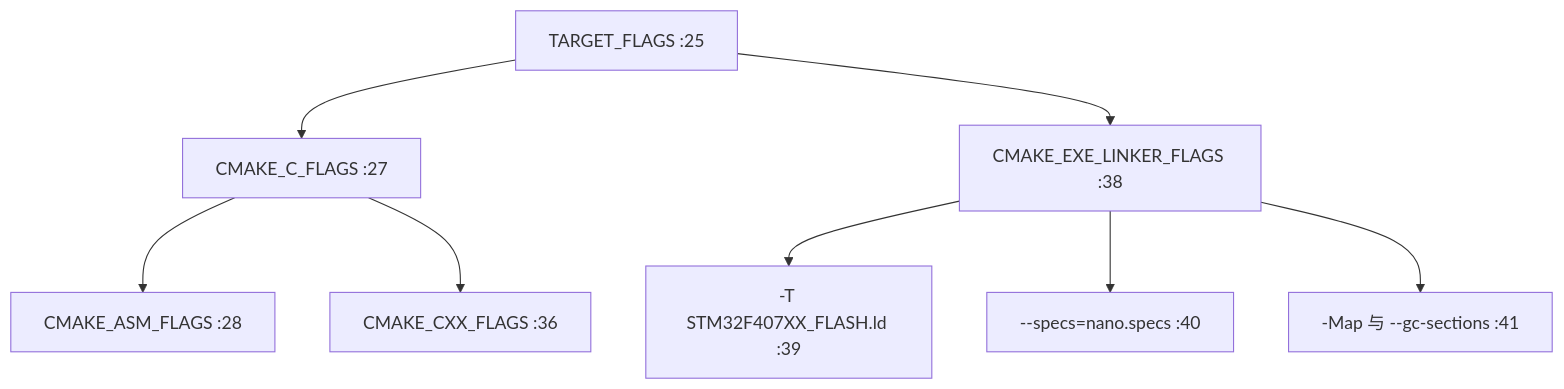
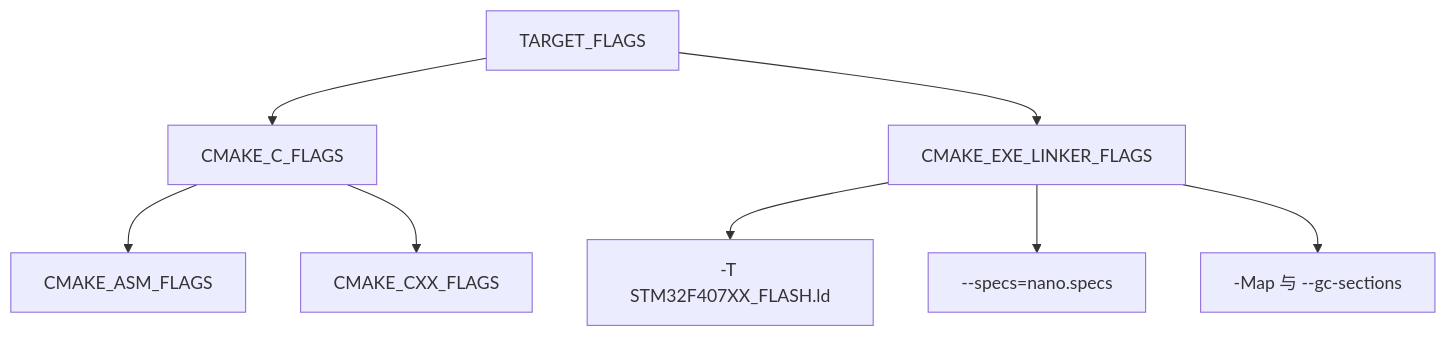
Before and after one commit to TC635807/TC63PersonalWebsite: the first of 2 diagrams in docs/10-嵌入式构建与调试/01-CMake与双交叉工具链/02-交叉编译工具链与编译选项.md, drawn with Mermaid. The commit also changed other lines of this file and 563 other files, not shown here.

````diff
--- a/docs/10-嵌入式构建与调试/01-CMake与双交叉工具链/02-交叉编译工具链与编译选项.md
+++ b/docs/10-嵌入式构建与调试/01-CMake与双交叉工具链/02-交叉编译工具链与编译选项.md
@@ -61,10 +61,10 @@
 ```mermaid
 flowchart TD
-  A["TARGET_FLAGS :25"] --> B["CMAKE_C_FLAGS :27"]
-  B --> C["CMAKE_ASM_FLAGS :28"]
-  B --> D["CMAKE_CXX_FLAGS :36"]
-  A --> E["CMAKE_EXE_LINKER_FLAGS :38"]
-  E --> F["-T STM32F407XX_FLASH.ld :39"]
-  E --> G["--specs=nano.specs :40"]
-  E --> H["-Map 与 --gc-sections :41"]
+  A["TARGET_FLAGS "] --> B["CMAKE_C_FLAGS "]
+  B --> C["CMAKE_ASM_FLAGS "]
+  B --> D["CMAKE_CXX_FLAGS "]
+  A --> E["CMAKE_EXE_LINKER_FLAGS "]
+  E --> F["-T STM32F407XX_FLASH.ld "]
+  E --> G["--specs=nano.specs "]
+  E --> H["-Map 与 --gc-sections "]
 ```
````
